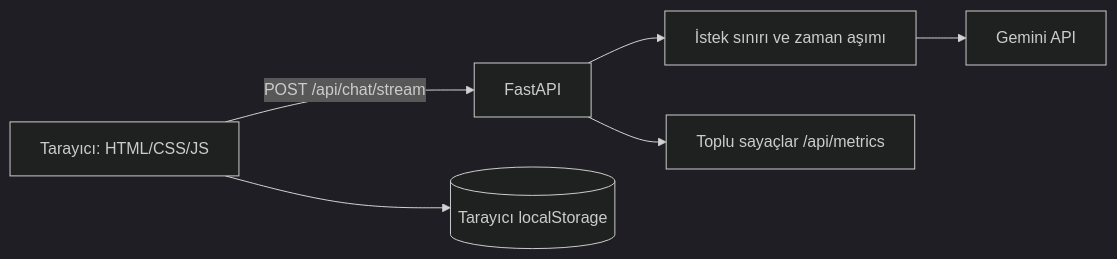
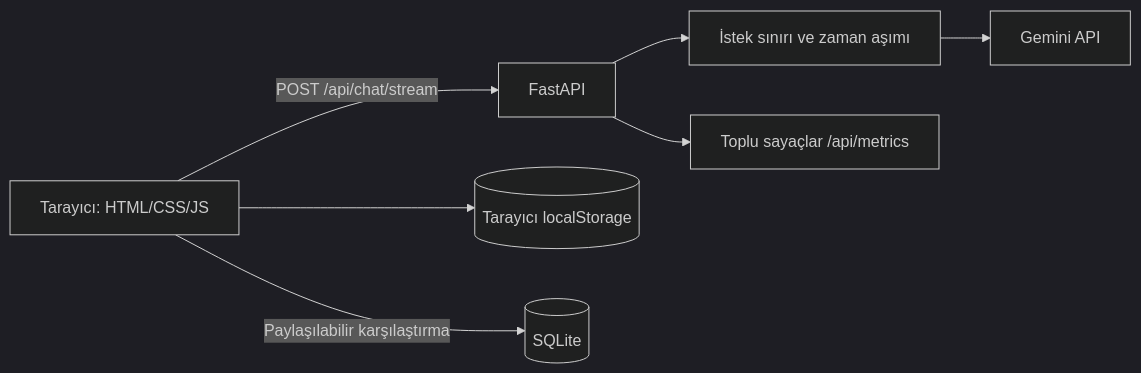
Before and after one commit to EnsarAslannn/RetroChatbot: the diagram in README.md, drawn with Mermaid (dark theme). The commit also changed other lines of this file and 6 other files, not shown here.

````diff
--- a/README.md
+++ b/README.md
@@ -53,8 +53,9 @@
 ```mermaid
 flowchart LR
   B[Tarayıcı: HTML/CSS/JS] -->|POST /api/chat/stream| A[FastAPI]
   B --> L[(Tarayıcı localStorage)]
+  B -->|Paylaşılabilir karşılaştırma| S[(SQLite)]
   A --> R[İstek sınırı ve zaman aşımı]
   R --> G[Gemini API]
   A --> M[Toplu sayaçlar /api/metrics]
 ```
````
